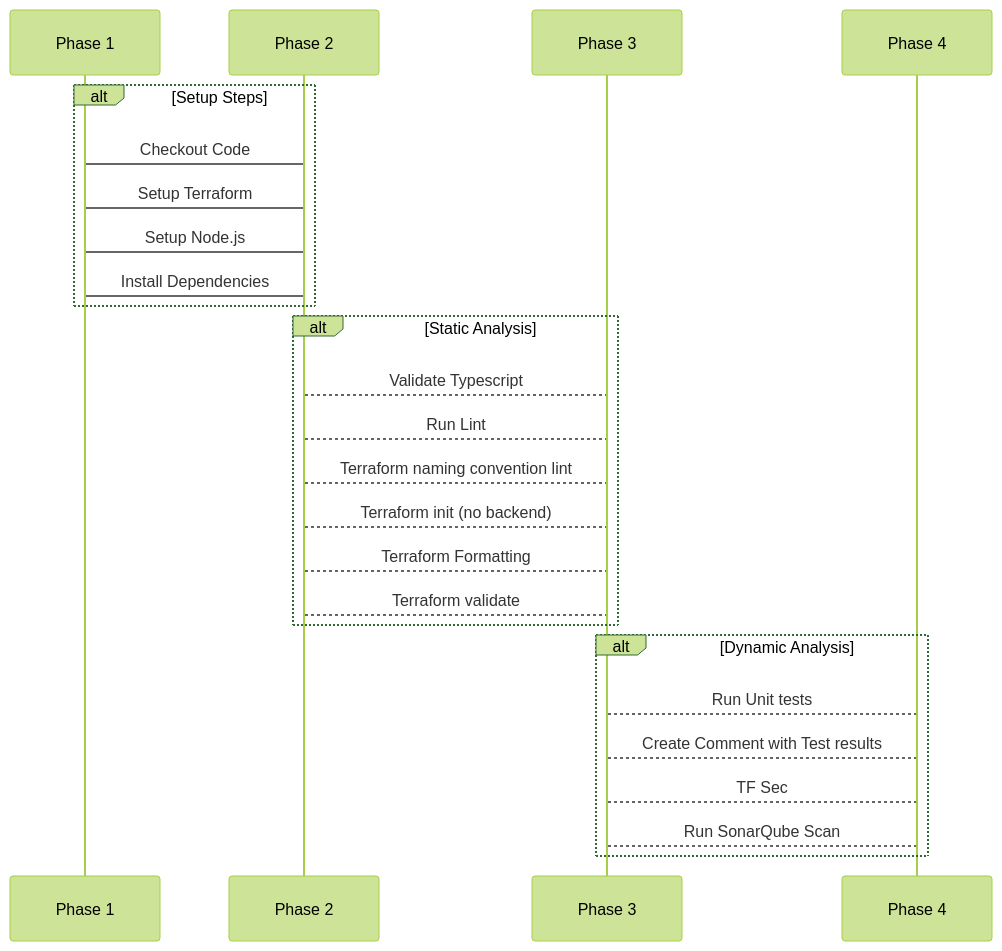
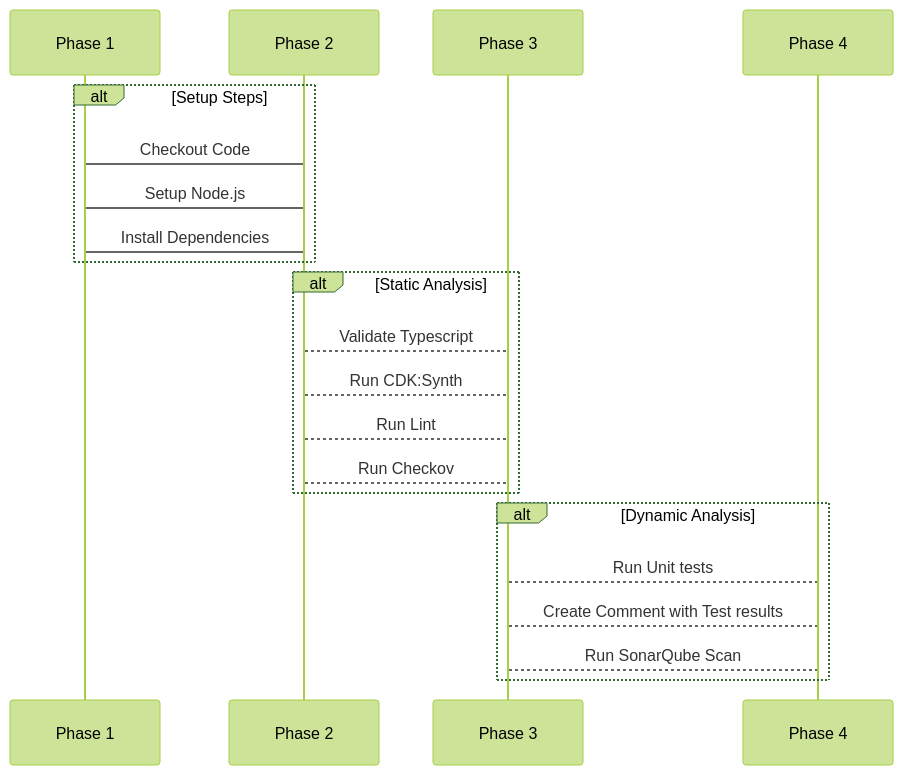
One commit to govuk-once/gds-unified-notification-service changed the first of 3 diagrams in .github/README-Pipelines.md. Above: the diagram before and after it, drawn with Mermaid (forest theme). The commit also changed other lines of this file and 93 other files, not shown here.

````diff
--- a/.github/README-Pipelines.md
+++ b/.github/README-Pipelines.md
@@ -7,23 +7,19 @@
 ```mermaid
 sequenceDiagram
     alt Setup Steps
       Phase 1->Phase 2: Checkout Code
-      Phase 1->Phase 2: Setup Terraform
       Phase 1->Phase 2: Setup Node.js
       Phase 1->Phase 2: Install Dependencies
     end
     alt Static Analysis
       Phase 2-->Phase 3: Validate Typescript
+      Phase 2-->Phase 3: Run CDK:Synth
       Phase 2-->Phase 3: Run Lint
-      Phase 2-->Phase 3: Terraform naming convention lint
-      Phase 2-->Phase 3: Terraform init (no backend)
-      Phase 2-->Phase 3: Terraform Formatting
-      Phase 2-->Phase 3: Terraform validate
+      Phase 2-->Phase 3: Run Checkov
     end
     alt Dynamic Analysis
       Phase 3-->Phase 4: Run Unit tests
       Phase 3-->Phase 4: Create Comment with Test results
-      Phase 3-->Phase 4: TF Sec
       Phase 3-->Phase 4: Run SonarQube Scan
     end
 ```
````
